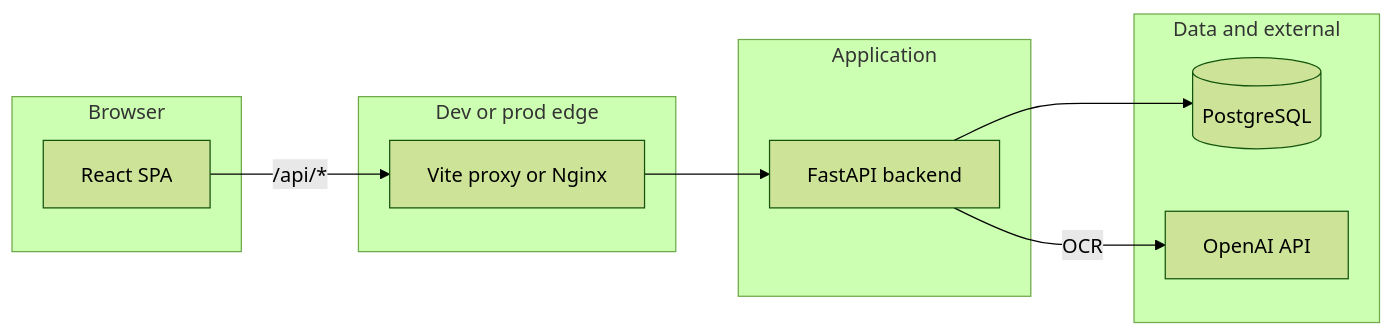
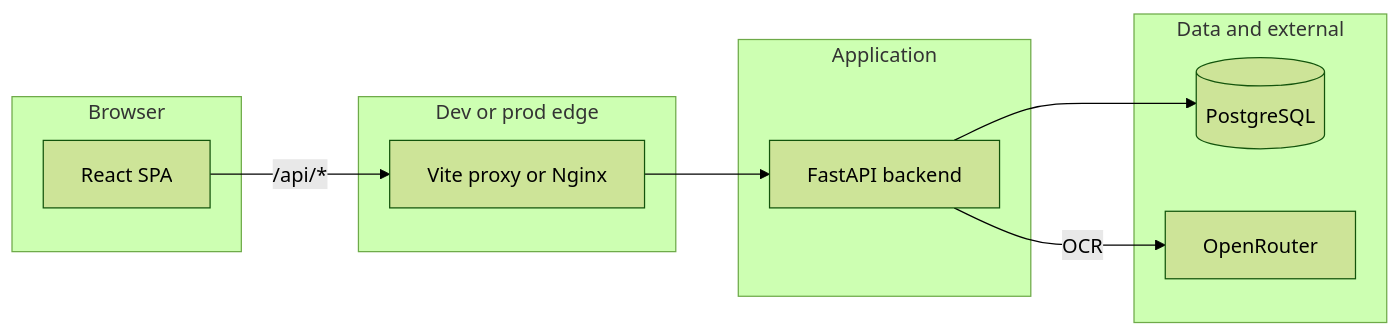
The diagram in README.md (andrewallkin/spliteasy), drawn with Mermaid (forest theme) before and after one commit. The commit also changed other lines of this file and 13 other files, not shown here.

First line of the commit message:
feat(ocr): read receipts with OpenRouter Gemini 2.5 Flash

````diff
--- a/README.md
+++ b/README.md
@@ -51,20 +51,20 @@
 ```mermaid
 flowchart LR
   subgraph client [Browser]
     SPA[React SPA]
   end
   subgraph edge [Dev or prod edge]
     Proxy[Vite proxy or Nginx]
   end
   subgraph app [Application]
     API[FastAPI backend]
   end
   subgraph data [Data and external]
     PG[(PostgreSQL)]
-    OAI[OpenAI API]
+    OR[OpenRouter]
   end
   SPA -->|"/api/*"| Proxy
   Proxy --> API
   API --> PG
-  API -->|OCR| OAI
+  API -->|OCR| OR
 ```
````
